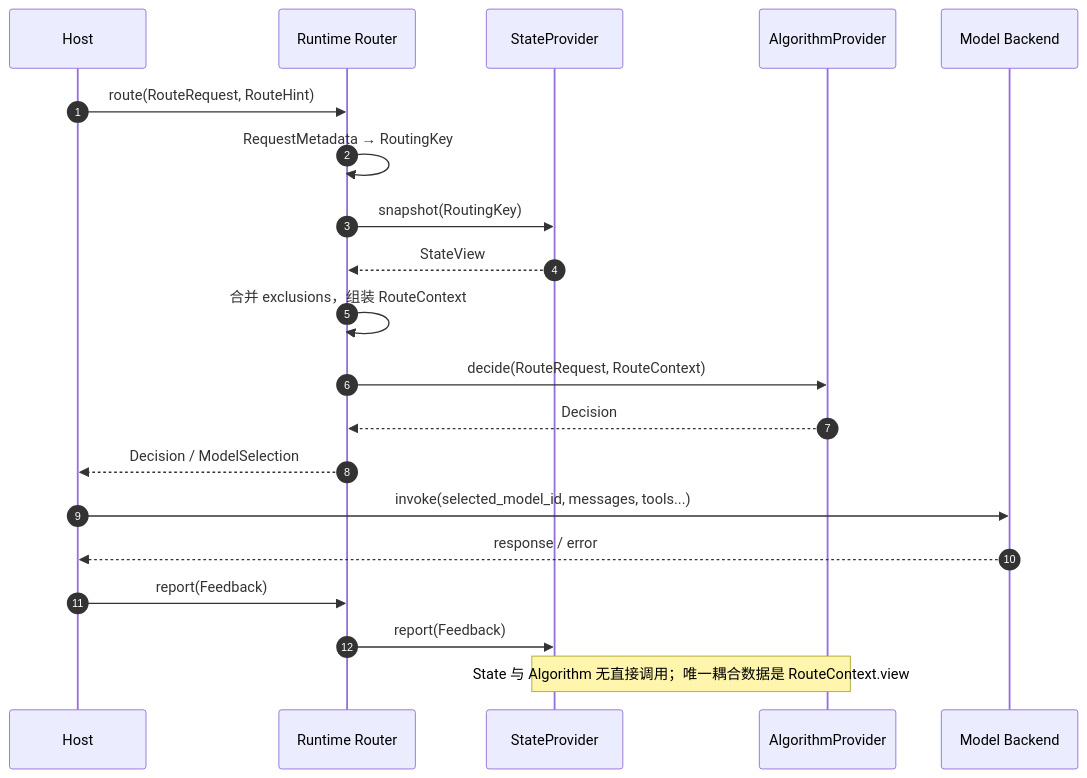
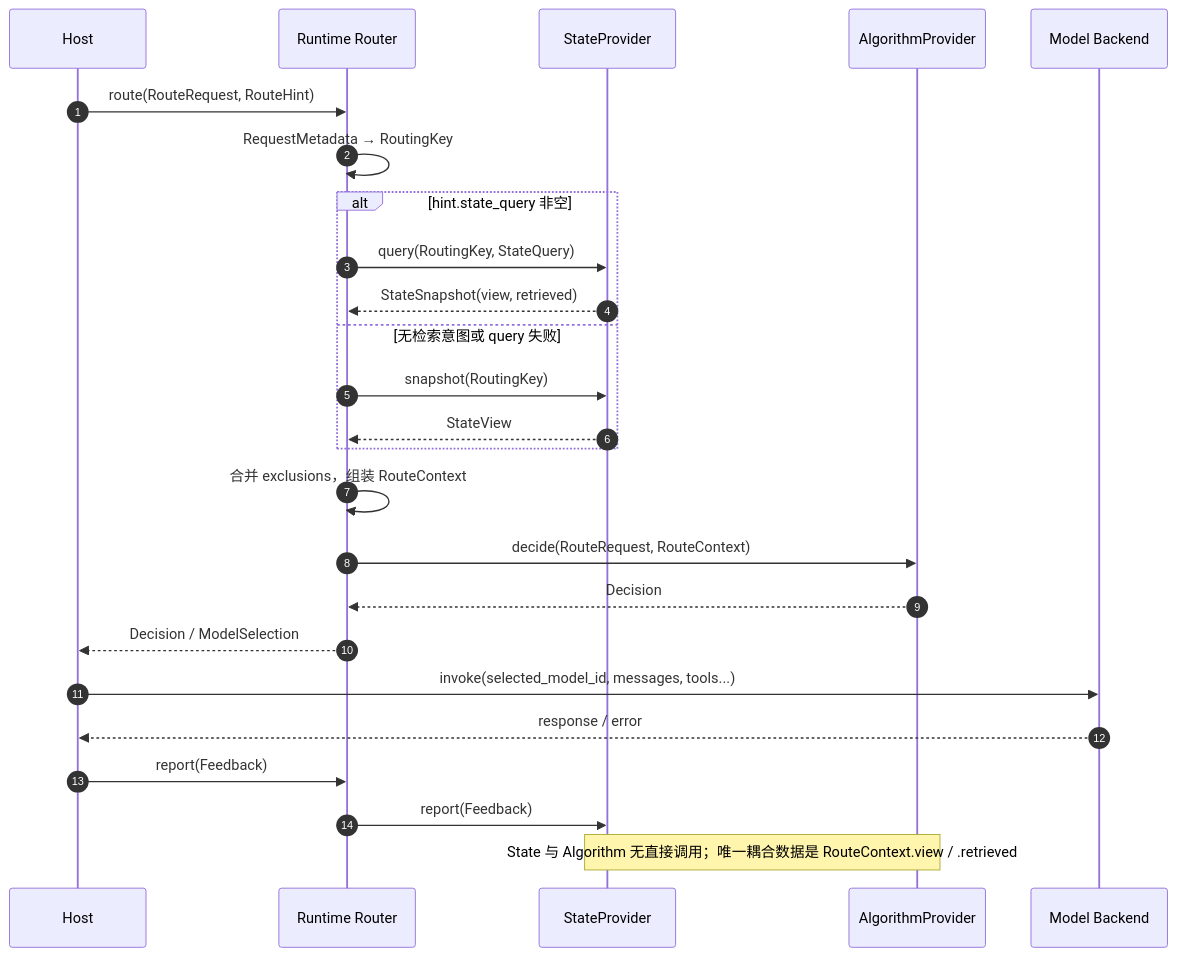
Before and after one commit to openJiuwen-ai/model-router: the second of 3 diagrams in docs/zh/architecture.md, drawn with Mermaid. The commit also changed other lines of this file and 20 other files, not shown here.

First line of the commit message:
feat(state): optional query() for finer state retrieval, a peer of snapshot

````diff
--- a/docs/zh/architecture.md
+++ b/docs/zh/architecture.md
@@ -131,23 +131,28 @@
 ```mermaid
 sequenceDiagram
     autonumber
     participant H as Host
     participant R as Runtime Router
     participant S as StateProvider
     participant A as AlgorithmProvider
     participant M as Model Backend
 
     H->>R: route(RouteRequest, RouteHint)
     R->>R: RequestMetadata → RoutingKey
-    R->>S: snapshot(RoutingKey)
-    S-->>R: StateView
+    alt hint.state_query 非空
+        R->>S: query(RoutingKey, StateQuery)
+        S-->>R: StateSnapshot(view, retrieved)
+    else 无检索意图或 query 失败
+        R->>S: snapshot(RoutingKey)
+        S-->>R: StateView
+    end
     R->>R: 合并 exclusions，组装 RouteContext
     R->>A: decide(RouteRequest, RouteContext)
     A-->>R: Decision
     R-->>H: Decision / ModelSelection
     H->>M: invoke(selected_model_id, messages, tools...)
     M-->>H: response / error
     H->>R: report(Feedback)
     R->>S: report(Feedback)
-    Note over S,A: State 与 Algorithm 无直接调用；唯一耦合数据是 RouteContext.view
+    Note over S,A: State 与 Algorithm 无直接调用；唯一耦合数据是 RouteContext.view / .retrieved
 ```
````
